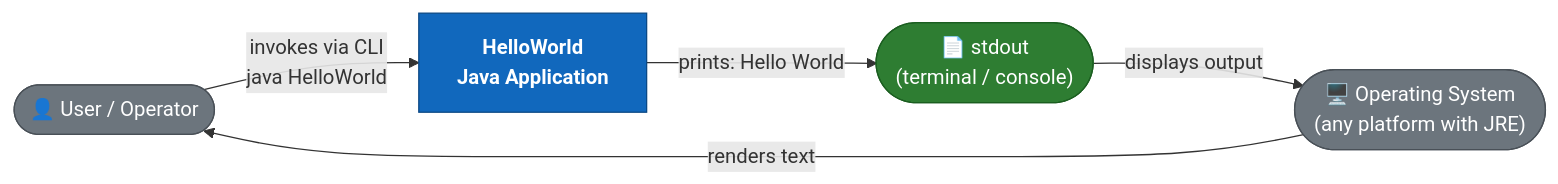
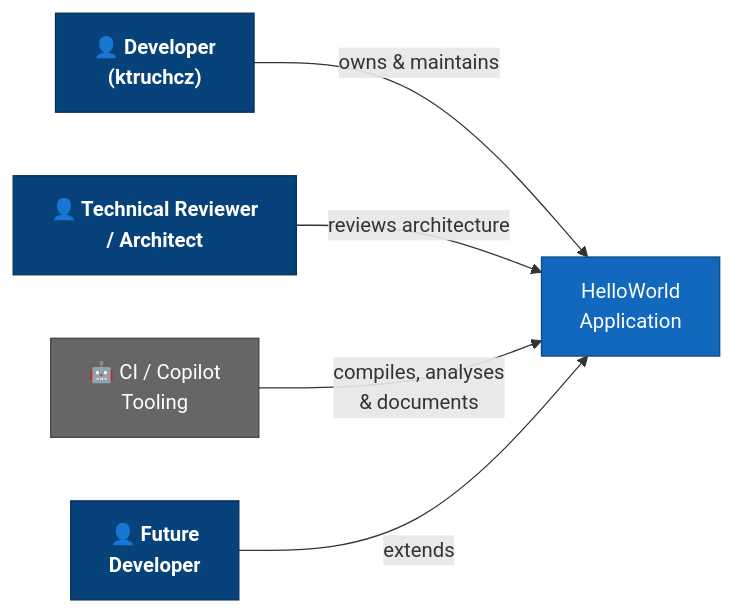
One commit to ktruchcz/copilot-test-ktruchcz changed the first of 27 diagrams in arc42-documentation.md. Above: the diagram before and after it, drawn with Mermaid. The commit also changed other lines of this file, not shown here.

First line of the commit message:
Generate comprehensive Arc42 documentation v2.0.0 for HelloWorld app

````diff
--- a/arc42-documentation.md
+++ b/arc42-documentation.md
@@ -97,16 +93,17 @@
 ```mermaid
 graph LR
-    classDef system fill:#1168BD,stroke:#0B4884,color:#fff,font-weight:bold
-    classDef external fill:#6C757D,stroke:#495057,color:#fff
-    classDef io fill:#2E7D32,stroke:#1B5E20,color:#fff
+    classDef person fill:#08427B,stroke:#052E56,color:#fff,font-weight:bold
+    classDef system fill:#1168BD,stroke:#0B4884,color:#fff
+    classDef tools fill:#666,stroke:#444,color:#fff
 
-    User(["👤 User / Operator"]):::external
-    OS(["🖥️ Operating System\n(any platform with JRE)"]):::external
-    App["HelloWorld\nJava Application"]:::system
-    Stdout(["📄 stdout\n(terminal / console)"]):::io
+    Dev["👤 Developer\n(ktruchcz)"]:::person
+    Reviewer["👤 Technical Reviewer\n/ Architect"]:::person
+    CI["🤖 CI / Copilot\nTooling"]:::tools
+    FutureDev["👤 Future\nDeveloper"]:::person
+    Sys["HelloWorld\nApplication"]:::system
 
-    User -->|"invokes via CLI\njava HelloWorld"| App
-    App -->|"prints: Hello World"| Stdout
-    Stdout -->|"displays output"| OS
-    OS -->|"renders text"| User
+    Dev -->|"owns & maintains"| Sys
+    Reviewer -->|"reviews architecture"| Sys
+    CI -->|"compiles, analyses\n& documents"| Sys
+    FutureDev -->|"extends"| Sys
 ```
````
